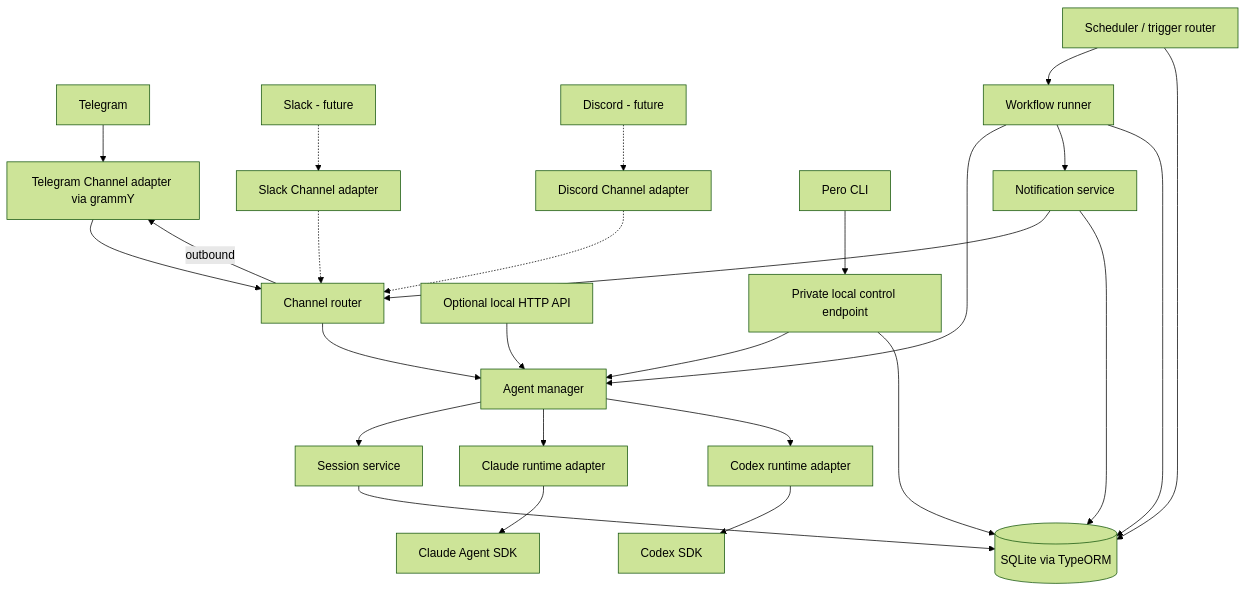
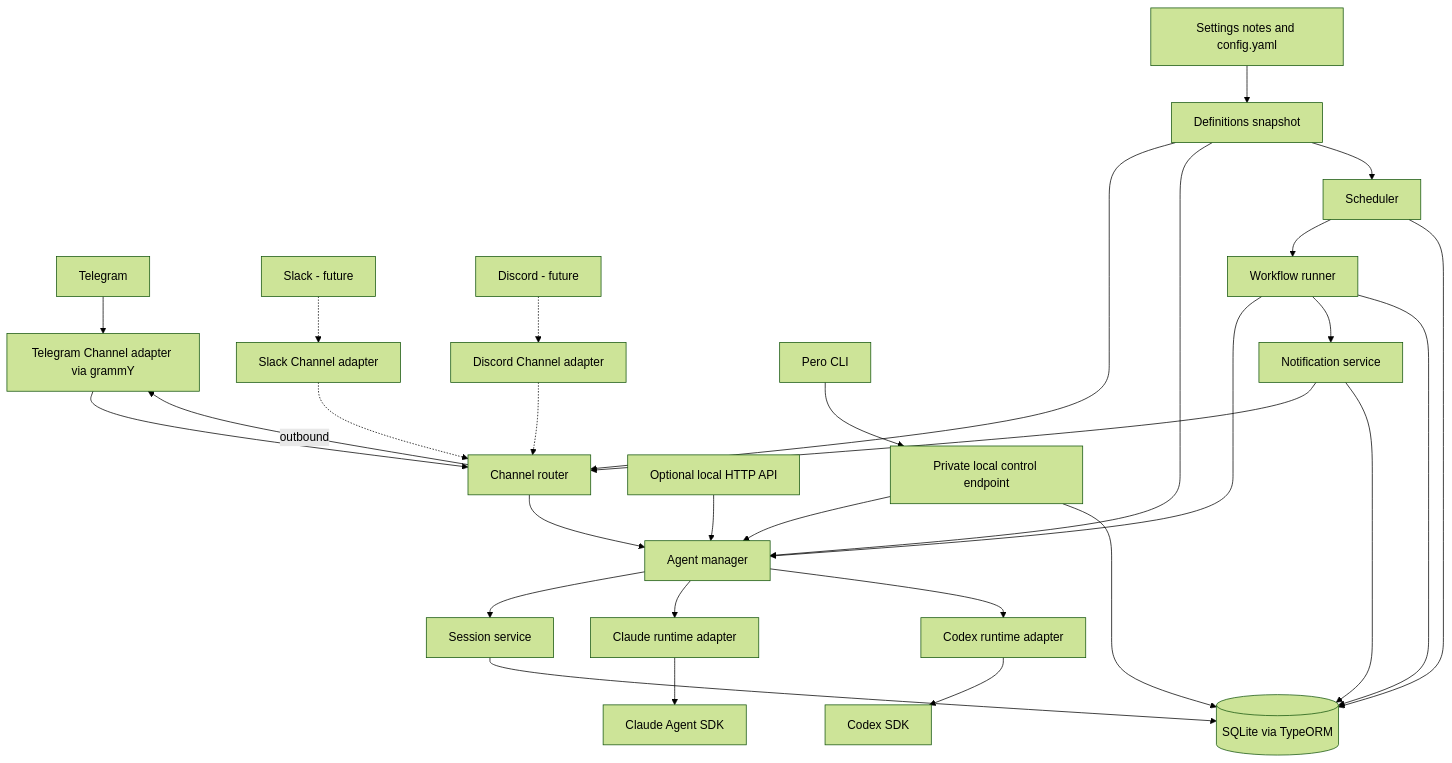
One commit to istepachev/pero changed the diagram in docs/ARCHITECTURE.md. Above: the diagram before and after it, drawn with Mermaid (forest theme). The commit also changed other lines of this file and 19 other files, not shown here.

````diff
--- a/docs/ARCHITECTURE.md
+++ b/docs/ARCHITECTURE.md
@@ -52,28 +59,32 @@
 ```mermaid
 flowchart TD
     T[Telegram] --> TA[Telegram Channel adapter via grammY]
     SL[Slack - future] -.-> SA[Slack Channel adapter]
     DI[Discord - future] -.-> DA[Discord Channel adapter]
     TA --> C[Channel router]
     SA -.-> C
     DA -.-> C
     C --> AM[Agent manager]
     API[Optional local HTTP API] --> AM
     CLI[Pero CLI] --> CT[Private local control endpoint]
     CT --> AM
     CT --> DB
-    S[Scheduler / trigger router] --> WR[Workflow runner]
+    F[Settings notes and config.yaml] --> D[Definitions snapshot]
+    D --> C
+    D --> AM
+    D --> S
+    S[Scheduler] --> WR[Workflow runner]
     WR --> AM
     AM --> SE[Session service]
     AM --> CR[Claude runtime adapter]
     AM --> XR[Codex runtime adapter]
     CR --> CA[Claude Agent SDK]
     XR --> CX[Codex SDK]
     WR --> N[Notification service]
     N --> C
     C -- outbound --> TA
     SE --> DB[(SQLite via TypeORM)]
     S --> DB
     WR --> DB
     N --> DB
 ```
````
